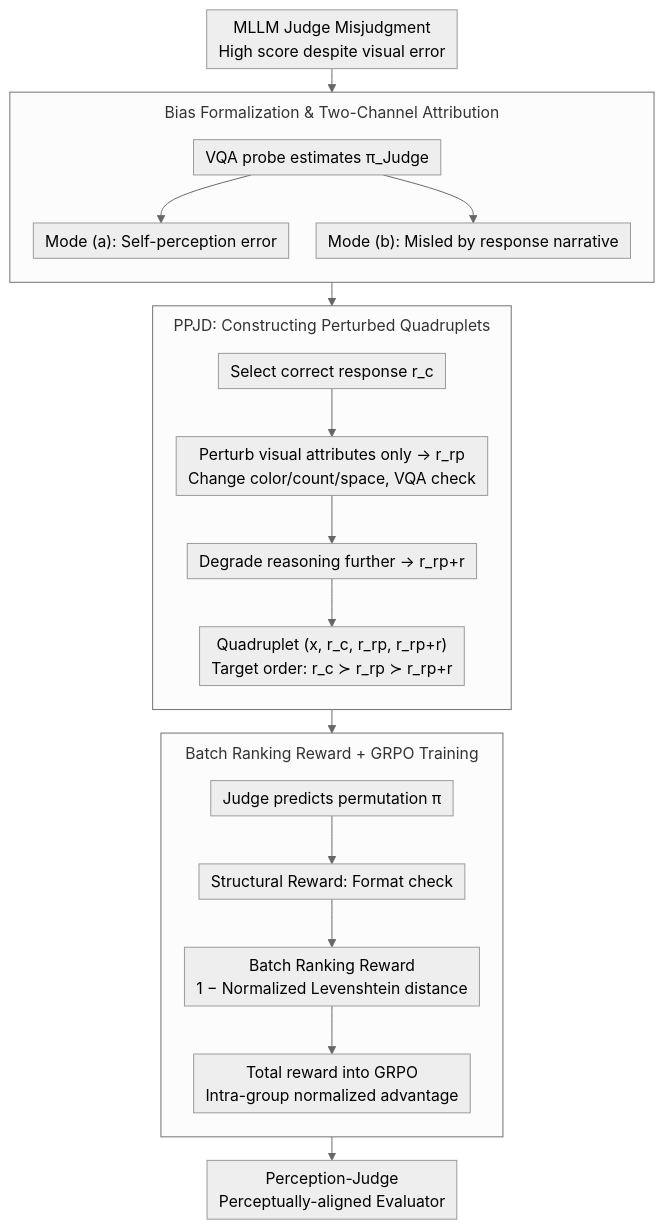
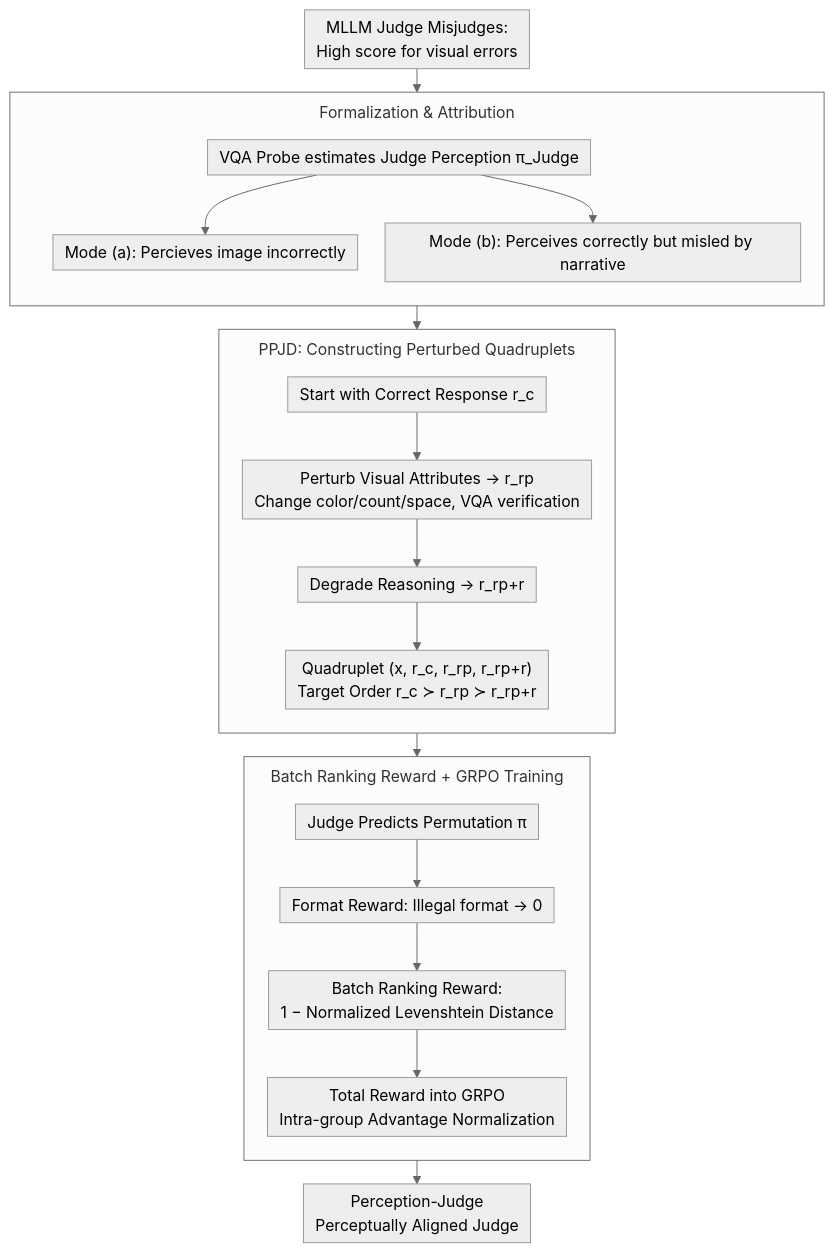
The diagram in docs/ICML2026/multimodal_vlm/mitigating_perceptual_judgment_bias_in_multimodal_llm-as-a-judge_via_perceptual_.md (zhaoyang97/Paper-Notes-en), drawn with Mermaid (neutral theme) before and after one commit. The commit also changed other lines of this file and 5084 other files, not shown here.

````diff
--- a/docs/ICML2026/multimodal_vlm/mitigating_perceptual_judgment_bias_in_multimodal_llm-as-a-judge_via_perceptual_.md
+++ b/docs/ICML2026/multimodal_vlm/mitigating_perceptual_judgment_bias_in_multimodal_llm-as-a-judge_via_perceptual_.md
@@ -42,32 +42,32 @@
 ```mermaid
 %%{init: {'flowchart': {'rankSpacing': 24, 'nodeSpacing': 28, 'padding': 6, 'wrappingWidth': 400, 'subGraphTitleMargin': {'top': 8, 'bottom': 16}}}}%%
 flowchart TD
-    A["MLLM Judge Misjudgment<br/>High score despite visual error"] --> S1
+    A["MLLM Judge Misjudges:<br/>High score for visual errors"] --> S1
 
-    subgraph S1["Bias Formalization & Two-Channel Attribution"]
+    subgraph S1["Formalization & Attribution"]
         direction TB
-        D1["VQA probe estimates π_Judge"]
-        D1 --> MA["Mode (a): Self-perception error"]
-        D1 --> MB["Mode (b): Misled by response narrative"]
+        D1["VQA Probe estimates Judge Perception π_Judge"]
+        D1 --> MA["Mode (a): Percieves image incorrectly"]
+        D1 --> MB["Mode (b): Perceives correctly but misled by narrative"]
     end
 
     S1 --> S2
 
     subgraph S2["PPJD: Constructing Perturbed Quadruplets"]
         direction TB
-        P1["Select correct response r_c"] --> P2["Perturb visual attributes only → r_rp<br/>Change color/count/space, VQA check"]
-        P2 --> P3["Degrade reasoning further → r_rp+r"]
-        P3 --> P4["Quadruplet (x, r_c, r_rp, r_rp+r)<br/>Target order: r_c ≻ r_rp ≻ r_rp+r"]
+        P1["Start with Correct Response r_c"] --> P2["Perturb Visual Attributes → r_rp<br/>Change color/count/space, VQA verification"]
+        P2 --> P3["Degrade Reasoning → r_rp+r"]
+        P3 --> P4["Quadruplet (x, r_c, r_rp, r_rp+r)<br/>Target Order r_c ≻ r_rp ≻ r_rp+r"]
     end
 
     S2 --> S3
 
     subgraph S3["Batch Ranking Reward + GRPO Training"]
         direction TB
-        R1["Judge predicts permutation π̂"] --> R2["Structural Reward: Format check"]
-        R2 --> R3["Batch Ranking Reward<br/>1 − Normalized Levenshtein distance"]
-        R3 --> R4["Total reward into GRPO<br/>Intra-group normalized advantage"]
+        R1["Judge Predicts Permutation π̂"] --> R2["Format Reward: Illegal format → 0"]
+        R2 --> R3["Batch Ranking Reward:<br/>1 − Normalized Levenshtein Distance"]
+        R3 --> R4["Total Reward into GRPO<br/>Intra-group Advantage Normalization"]
     end
 
-    S3 --> OUT["Perception-Judge<br/>Perceptually-aligned Evaluator"]
+    S3 --> OUT["Perception-Judge<br/>Perceptually Aligned Judge"]
 ```
````
